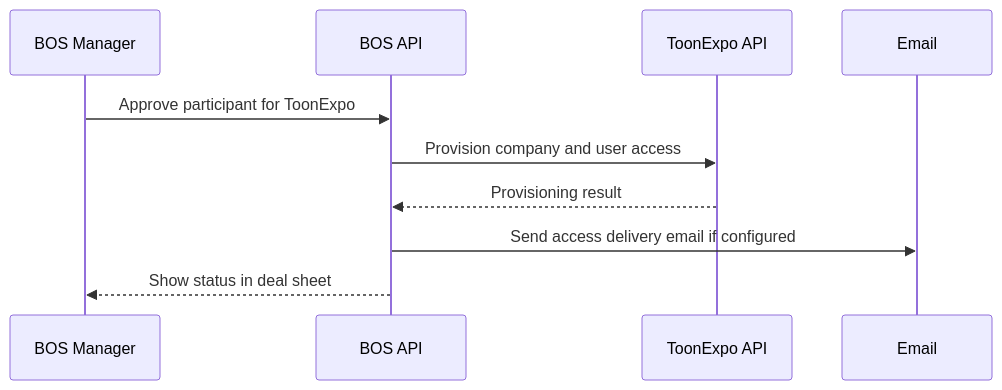
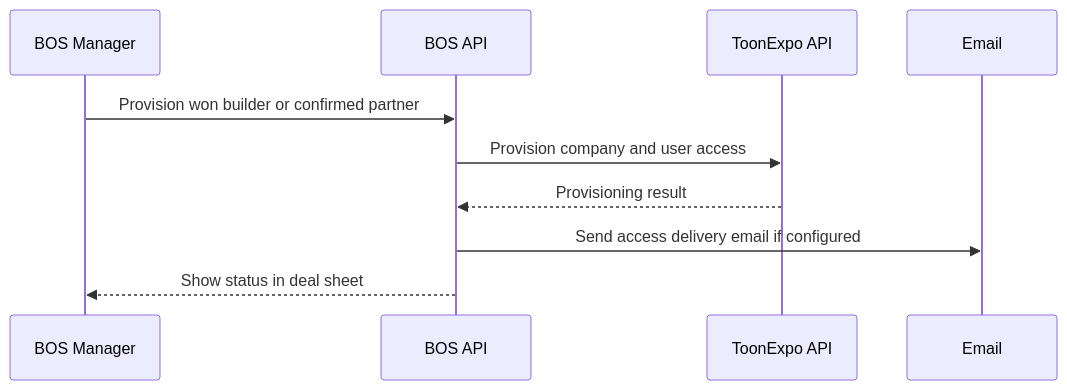
The fifth of 6 diagrams in docs/01-ARCHITECTURE.md (neetrino/BigProjects_BOS), drawn with Mermaid before and after one commit. The commit also changed other lines of this file and 72 other files, not shown here.

````diff
--- a/docs/01-ARCHITECTURE.md
+++ b/docs/01-ARCHITECTURE.md
@@ -217,13 +221,13 @@
 ```mermaid
 sequenceDiagram
   participant Manager as BOS Manager
   participant BOS as BOS API
   participant Toon as ToonExpo API
   participant Mail as Email
 
-  Manager->>BOS: Approve participant for ToonExpo
+  Manager->>BOS: Provision won builder or confirmed partner
   BOS->>Toon: Provision company and user access
   Toon-->>BOS: Provisioning result
   BOS->>Mail: Send access delivery email if configured
   BOS-->>Manager: Show status in deal sheet
 ```
````
